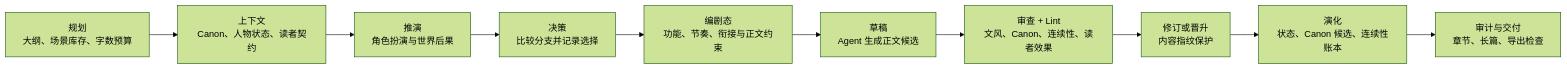
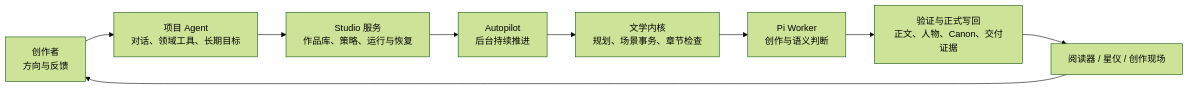
One commit to o-1717986918/arcvellum changed the diagram in README.md. Above: the diagram before and after it, drawn with Mermaid (forest theme). The commit also changed other lines of this file, not shown here.

Commit message:
docs: refresh README for Project Agent and lean kernel

````diff
--- a/README.md
+++ b/README.md
@@ -127,12 +40,11 @@
 ```mermaid
 flowchart LR
-    A["规划\n大纲、场景库存、字数预算"] --> B["上下文\nCanon、人物状态、读者契约"]
-    B --> C["推演\n角色扮演与世界后果"]
-    C --> D["决策\n比较分支并记录选择"]
-    D --> E["编剧态\n功能、节奏、衔接与正文约束"]
-    E --> F["草稿\nAgent 生成正文候选"]
-    F --> G["审查 + Lint\n文风、Canon、连续性、读者效果"]
-    G --> H["修订或晋升\n内容指纹保护"]
-    H --> I["演化\n状态、Canon 候选、连续性账本"]
-    I --> J["审计与交付\n章节、长篇、导出检查"]
+    U["创作者<br/>方向与反馈"] --> A["项目 Agent<br/>对话、领域工具、长期目标"]
+    A --> S["Studio 服务<br/>作品库、策略、运行与恢复"]
+    S --> P["Autopilot<br/>后台持续推进"]
+    P --> E["文学内核<br/>规划、场景事务、章节检查"]
+    E --> W["Pi Worker<br/>创作与语义判断"]
+    W --> V["验证与正式写回<br/>正文、人物、Canon、交付证据"]
+    V --> R["阅读器 / 星仪 / 创作现场"]
+    R --> U
 ```
````
